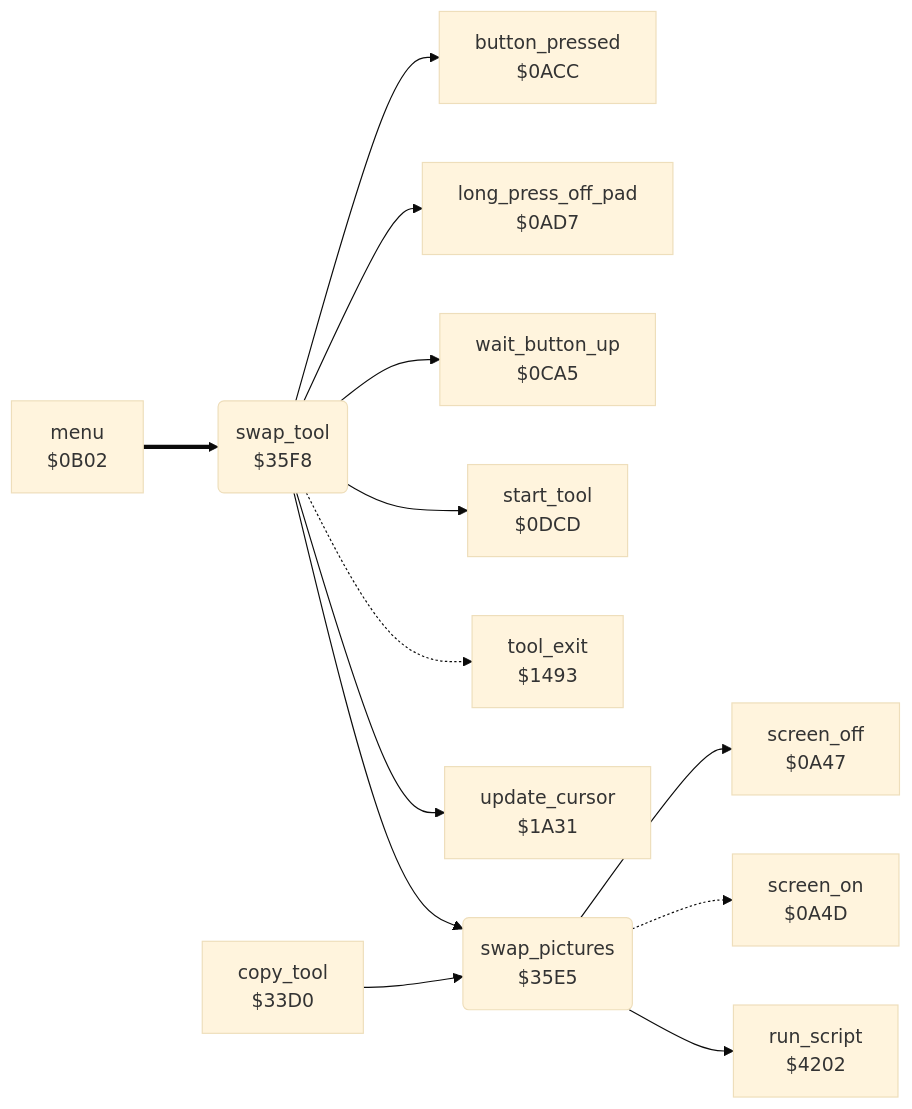
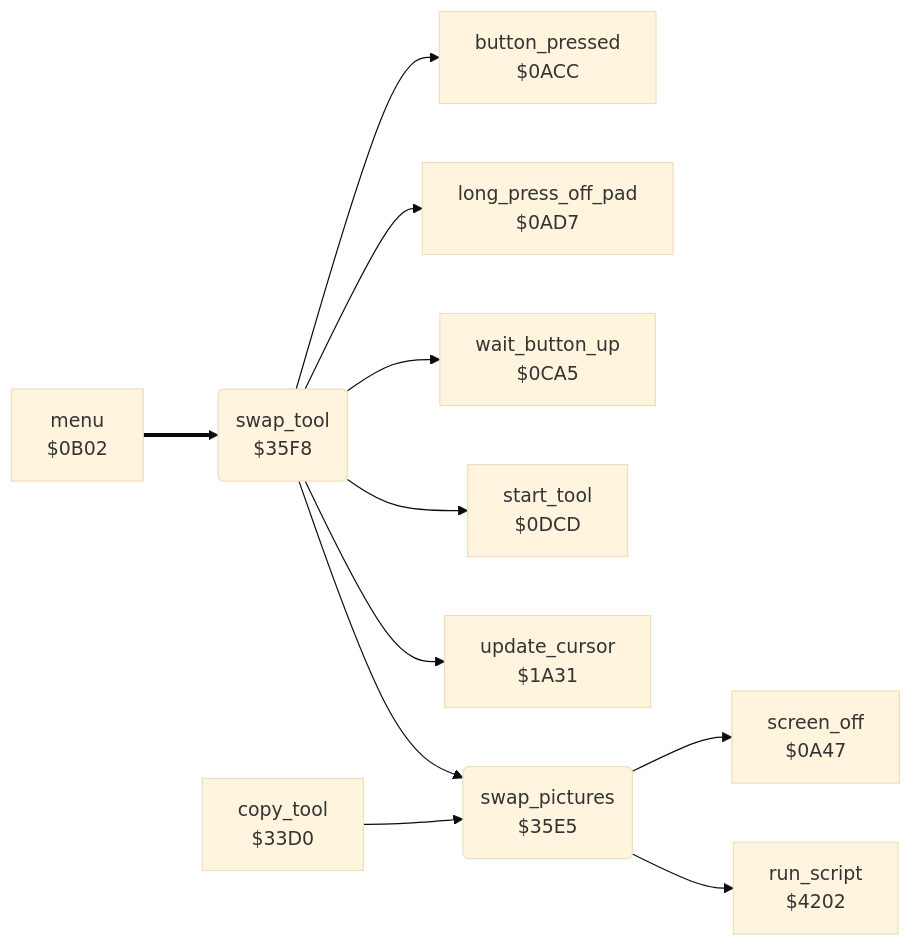
Before and after one commit to henols/c64_games: the diagram in koala_painter/v1/docs/reference/modules/tools/swap.md, drawn with Mermaid (base theme). The commit also changed other lines of this file and 1100 other files, not shown here.

````diff
--- a/koala_painter/v1/docs/reference/modules/tools/swap.md
+++ b/koala_painter/v1/docs/reference/modules/tools/swap.md
@@ -10,28 +23,24 @@
 ```mermaid
 flowchart LR
   n0a47["screen_off<br/>$0A47"]
-  n0a4d["screen_on<br/>$0A4D"]
   n0acc["button_pressed<br/>$0ACC"]
   n0ad7["long_press_off_pad<br/>$0AD7"]
   n0b02["menu<br/>$0B02"]
   n0ca5["wait_button_up<br/>$0CA5"]
   n0dcd["start_tool<br/>$0DCD"]
-  n1493["tool_exit<br/>$1493"]
   n1a31["update_cursor<br/>$1A31"]
   n33d0["copy_tool<br/>$33D0"]
   n35e5("swap_pictures<br/>$35E5")
   n35f8("swap_tool<br/>$35F8")
   n4202["run_script<br/>$4202"]
   n0b02 ==> n35f8
   n33d0 --> n35e5
   n35e5 --> n0a47
-  n35e5 -.-> n0a4d
   n35e5 --> n4202
   n35f8 --> n0acc
   n35f8 --> n0ad7
   n35f8 --> n0ca5
   n35f8 --> n0dcd
-  n35f8 -.-> n1493
   n35f8 --> n1a31
   n35f8 --> n35e5
 ```
````
